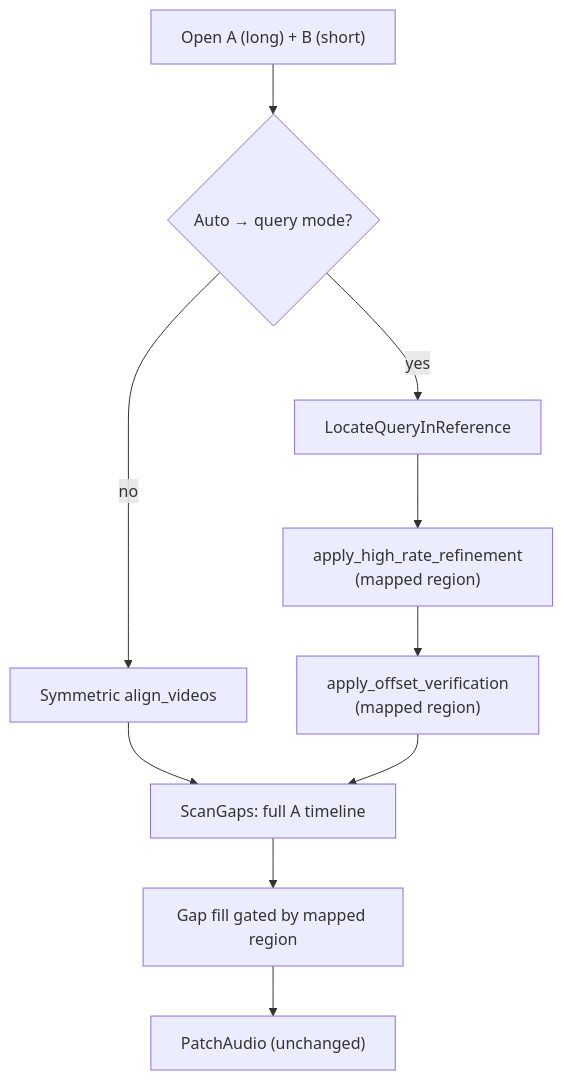
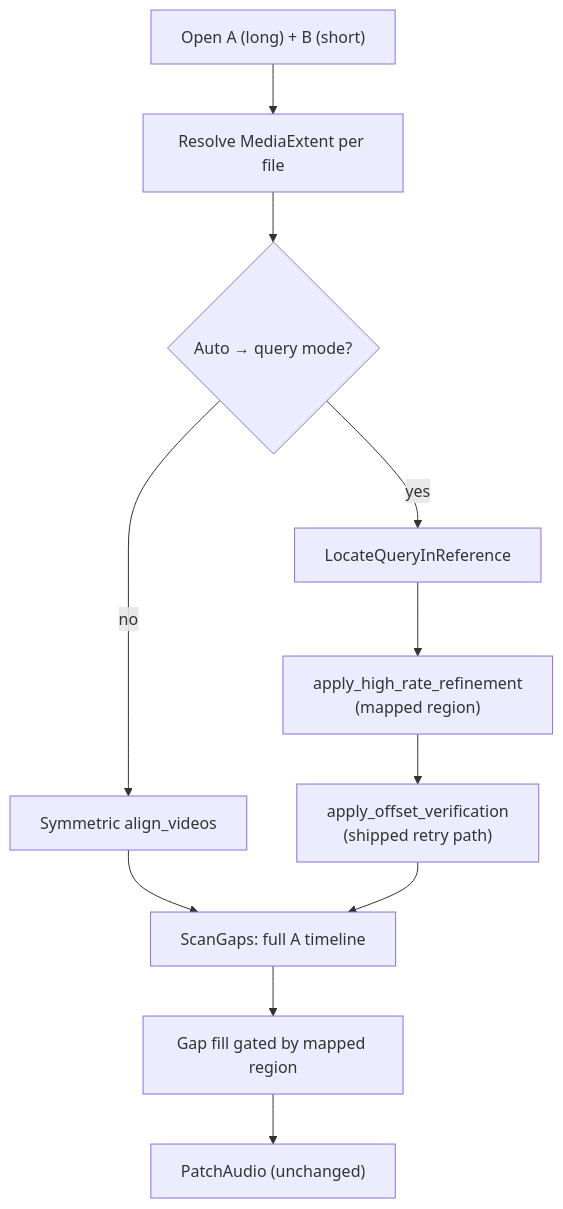
Before and after one commit to mgroeninger/clip-sync: the diagram in docs/TEMP-query-reference-alignment-plan.md, drawn with Mermaid. The commit also changed other lines of this file and 7 other files, not shown here.

````diff
--- a/docs/TEMP-query-reference-alignment-plan.md
+++ b/docs/TEMP-query-reference-alignment-plan.md
@@ -358,17 +421,18 @@
 ```mermaid
 flowchart TD
     OPEN["Open A (long) + B (short)"]
+    EXT["Resolve MediaExtent per file"]
     MODE{"Auto → query mode?"}
     SYM["Symmetric align_videos"]
     LOC["LocateQueryInReference"]
     HR["apply_high_rate_refinement\n(mapped region)"]
-    VER["apply_offset_verification\n(mapped region)"]
+    VER["apply_offset_verification\n(shipped retry path)"]
     SCAN["ScanGaps: full A timeline"]
     FILL["Gap fill gated by mapped region"]
     PATCH["PatchAudio (unchanged)"]
 
-    OPEN --> MODE
+    OPEN --> EXT --> MODE
     MODE -->|no| SYM --> SCAN
     MODE -->|yes| LOC --> HR --> VER --> SCAN
     SCAN --> FILL --> PATCH
 ```
````
